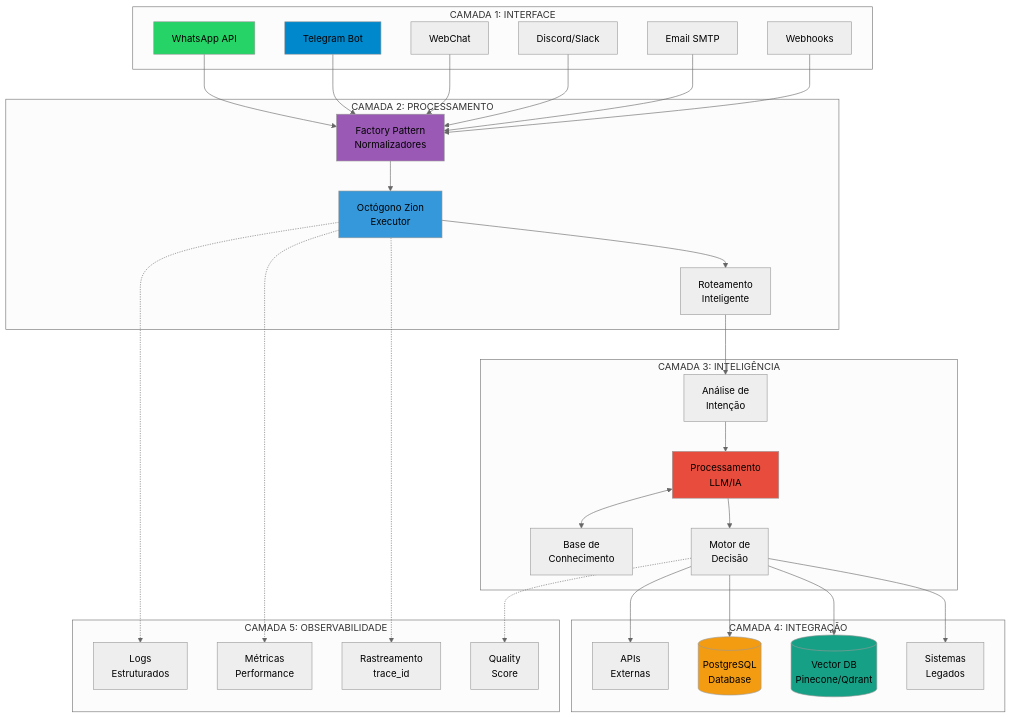
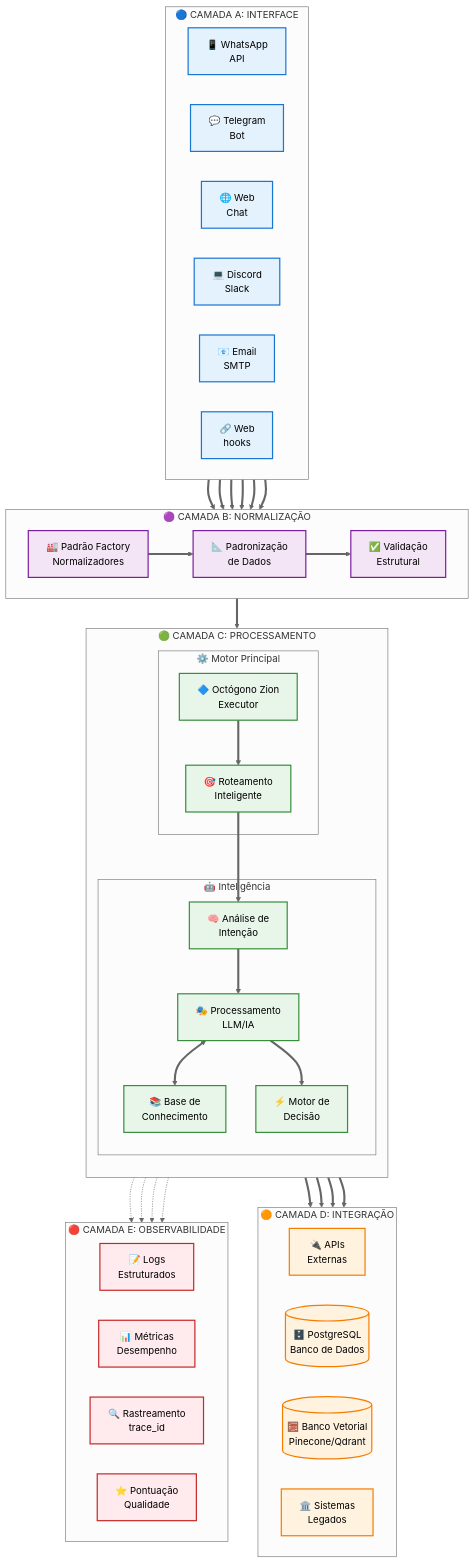
One commit to Bitfy-AI/documentacao changed the first of 10 diagrams in protocolo/ARQUITETURA-MERMAID.md. Above: the diagram before and after it, drawn with Mermaid (neutral theme). The commit also changed other lines of this file, not shown here.

Commit message:
refactor: reorganiza arquitetura em camadas A-E com nomenclatura correta
- Renomeia camadas para A (Interface), B (Normalização), C (Processamento), D (Integração), E (Observabilidade)
- Adiciona ícones visuais para melhor identificação dos componentes
- Melhora estética e alinhamento dos diagramas Mermaid
- Traduz termos técnicos para português mantendo clareza
- Separa corretamente normalização de processamento na arquitetura

🤖 Generated with [Claude Code](https://claude.ai/code)

````diff
--- a/protocolo/ARQUITETURA-MERMAID.md
+++ b/protocolo/ARQUITETURA-MERMAID.md
@@ -5,60 +5,80 @@
 ```mermaid
 graph TB
-    subgraph "CAMADA 1: INTERFACE"
-        WA[WhatsApp API]
-        TG[Telegram Bot]
-        WC[WebChat]
-        DC[Discord/Slack]
-        EM[Email SMTP]
-        WH[Webhooks]
+    subgraph "🔵  CAMADA A: INTERFACE"
+        direction LR
+        WA[📱  WhatsApp<br/>API]
+        TG[💬  Telegram<br/>Bot]
+        WC[🌐  Web<br/>Chat]
+        DC[💻  Discord<br/>Slack]
+        EM[📧  Email<br/>SMTP]
+        WH[🔗  Web<br/>hooks]
     end
 
-    subgraph "CAMADA 2: PROCESSAMENTO"
-        FAC[Factory Pattern<br/>Normalizadores]
-        STEP[Octógono Zion<br/>Executor]
-        RT[Roteamento<br/>Inteligente]
+    subgraph "🟣  CAMADA B: NORMALIZAÇÃO"
+        direction LR
+        FAC[🏭  Padrão Factory<br/>Normalizadores]
+        NORM[📐  Padronização<br/>de Dados]
+        VAL[✅  Validação<br/>Estrutural]
     end
 
-    subgraph "CAMADA 3: INTELIGÊNCIA"
-        INT[Análise de<br/>Intenção]
-        LLM[Processamento<br/>LLM/IA]
-        KB[Base de<br/>Conhecimento]
-        DEC[Motor de<br/>Decisão]
+    subgraph "🟢  CAMADA C: PROCESSAMENTO"
+        direction TB
+        subgraph CORE["⚙️  Motor Principal"]
+            STEP[🔷  Octógono Zion<br/>Executor]
+            RT[🎯  Roteamento<br/>Inteligente]
+        end
+        subgraph AI["🤖  Inteligência"]
+            INT[🧠  Análise de<br/>Intenção]
+            LLM[🎭  Processamento<br/>LLM/IA]
+            KB[📚  Base de<br/>Conhecimento]
+            DEC[⚡  Motor de<br/>Decisão]
+        end
     end
 
-    subgraph "CAMADA 4: INTEGRAÇÃO"
-        API[APIs<br/>Externas]
-        DB[(PostgreSQL<br/>Database)]
-        VDB[(Vector DB<br/>Pinecone/Qdrant)]
-        LEG[Sistemas<br/>Legados]
+    subgraph "🟠  CAMADA D: INTEGRAÇÃO"
+        direction LR
+        API[🔌  APIs<br/>Externas]
+        DB[(🗄️  PostgreSQL<br/>Banco de Dados)]
+        VDB[(🧮  Banco Vetorial<br/>Pinecone/Qdrant)]
+        LEG[🏛️  Sistemas<br/>Legados]
     end
 
-    subgraph "CAMADA 5: OBSERVABILIDADE"
-        LOG[Logs<br/>Estruturados]
-        MET[Métricas<br/>Performance]
-        TRC[Rastreamento<br/>trace_id]
-        QLT[Quality<br/>Score]
+    subgraph "🔴  CAMADA E: OBSERVABILIDADE"
+        direction LR
+        LOG[📝  Logs<br/>Estruturados]
+        MET[📊  Métricas<br/>Desempenho]
+        TRC[🔍  Rastreamento<br/>trace_id]
+        QLT[⭐  Pontuação<br/>Qualidade]
     end
 
-    WA & TG & WC & DC & EM & WH --> FAC
-    FAC --> STEP
-    STEP --> RT
-    RT --> INT
-    INT --> LLM
-    LLM <--> KB
-    LLM --> DEC
-    DEC --> API & DB & VDB & LEG
+    %% Fluxo principal
+    WA & TG & WC & DC & EM & WH ==> FAC
+    FAC ==> NORM
+    NORM ==> VAL
+    VAL ==> STEP
+    STEP ==> RT
+    RT ==> INT
+    INT ==> LLM
+    LLM <==> KB
+    LLM ==> DEC
+    DEC ==> API & DB & VDB & LEG
 
+    %% Conexões de observabilidade
     STEP -.-> LOG
     STEP -.-> MET
     STEP -.-> TRC
     DEC -.-> QLT
 
-    style WA fill:#25D366
-    style TG fill:#0088cc
-    style FAC fill:#9B59B6
-    style STEP fill:#3498DB
-    style LLM fill:#E74C3C
-    style DB fill:#F39C12
-    style VDB fill:#16A085
+    %% Estilos por camada
+    classDef interfaceStyle fill:#e3f2fd,stroke:#1976d2,stroke-width:2px,color:#000
+    classDef normalStyle fill:#f3e5f5,stroke:#7b1fa2,stroke-width:2px,color:#000
+    classDef processStyle fill:#e8f5e9,stroke:#388e3c,stroke-width:2px,color:#000
+    classDef integrationStyle fill:#fff3e0,stroke:#f57c00,stroke-width:2px,color:#000
+    classDef observeStyle fill:#ffebee,stroke:#c62828,stroke-width:2px,color:#000
+
+    class WA,TG,WC,DC,EM,WH interfaceStyle
+    class FAC,NORM,VAL normalStyle
+    class STEP,RT,INT,LLM,KB,DEC processStyle
+    class API,DB,VDB,LEG integrationStyle
+    class LOG,MET,TRC,QLT observeStyle
 ```
````
